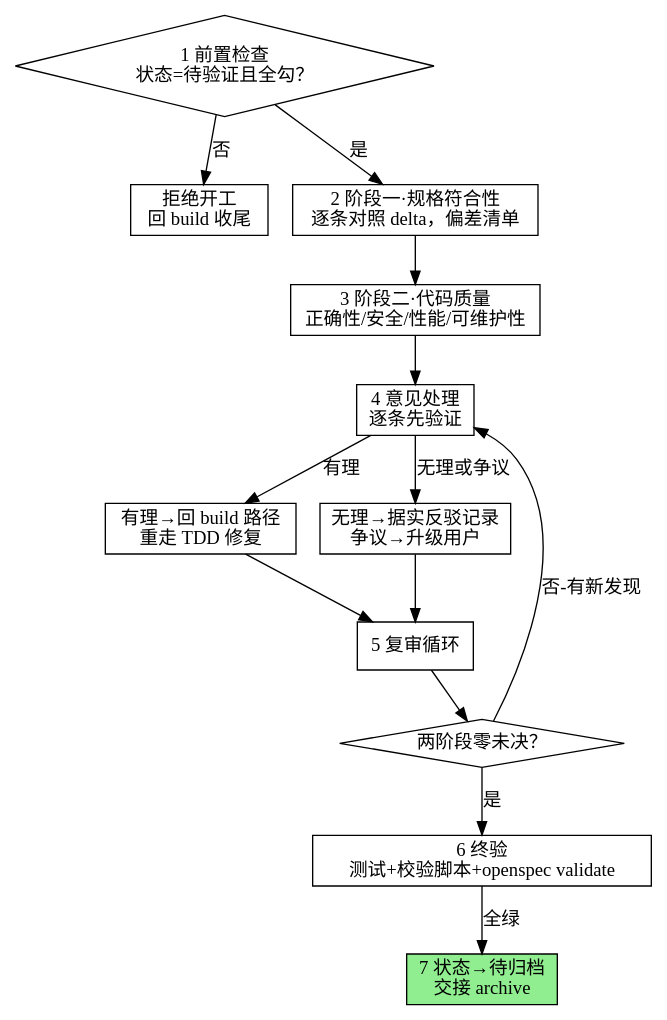
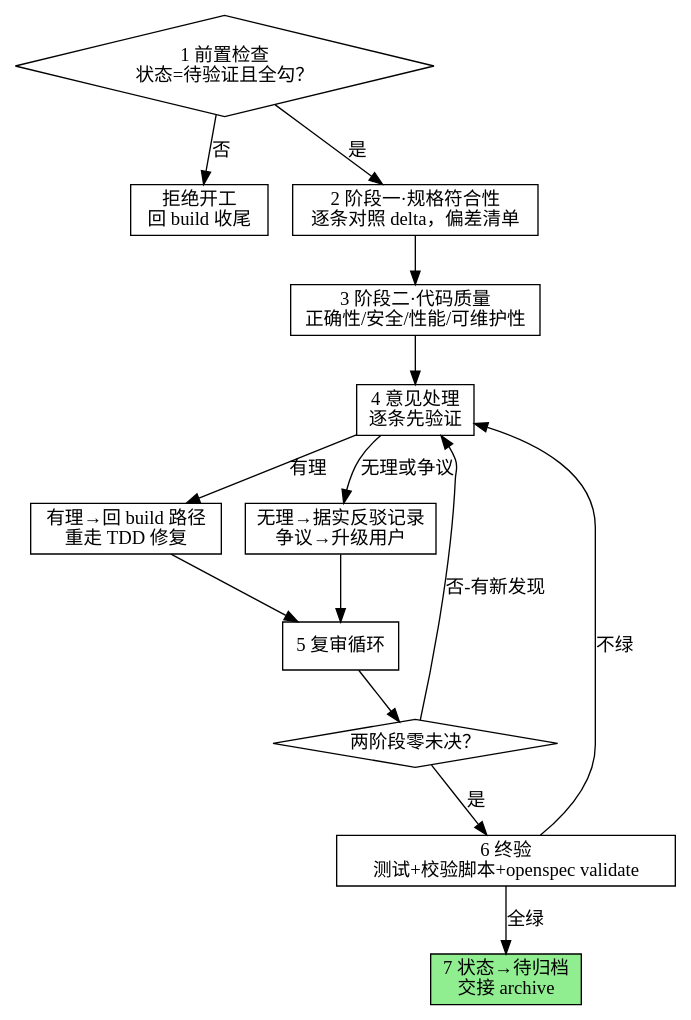
Before and after one commit to yoyoow006/ai_agent: the diagram in .claude/skills/verify/SKILL.md, drawn with Graphviz. The commit also changed other lines of this file and 9 other files, not shown here.

````diff
--- a/.claude/skills/verify/SKILL.md
+++ b/.claude/skills/verify/SKILL.md
@@ -16,29 +16,30 @@
 ```dot
 digraph verify {
     rankdir=TB;
     pre [label="1 前置检查\n状态=待验证且全勾？", shape=diamond];
     reject [label="拒绝开工\n回 build 收尾", shape=box];
     s1 [label="2 阶段一·规格符合性\n逐条对照 delta，偏差清单", shape=box];
     s2 [label="3 阶段二·代码质量\n正确性/安全/性能/可维护性", shape=box];
     handle [label="4 意见处理\n逐条先验证", shape=box];
     fix [label="有理→回 build 路径\n重走 TDD 修复", shape=box];
     pushback [label="无理→据实反驳记录\n争议→升级用户", shape=box];
     rereview [label="5 复审循环", shape=box];
     zero [label="两阶段零未决？", shape=diamond];
     final [label="6 终验\n测试+校验脚本+openspec validate", shape=box];
     done [label="7 状态→待归档\n交接 archive", shape=box, style=filled, fillcolor=lightgreen];
 
     pre -> reject [label="否"];
     pre -> s1 [label="是"];
     s1 -> s2;
     s2 -> handle;
     handle -> fix [label="有理"];
     handle -> pushback [label="无理或争议"];
     fix -> rereview;
     pushback -> rereview;
     rereview -> zero;
     zero -> handle [label="否-有新发现"];
     zero -> final [label="是"];
+    final -> handle [label="不绿"];
     final -> done [label="全绿"];
 }
 ```
````
